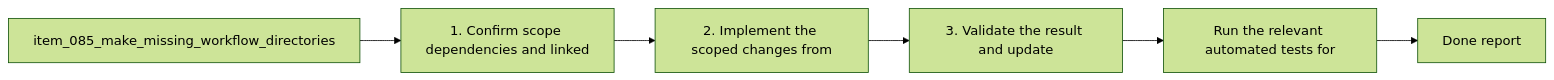
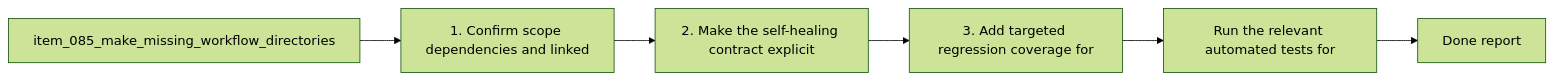
The diagram in logics/tasks/task_079_make_missing_workflow_directories_an_explicit_self_healing_logics_contract.md (AlexAgo83/logics-manager), drawn with Mermaid (forest theme) before and after one commit. The commit also changed other lines of this file and 481 other files, not shown here.

````diff
--- a/logics/tasks/task_079_make_missing_workflow_directories_an_explicit_self_healing_logics_contract.md
+++ b/logics/tasks/task_079_make_missing_workflow_directories_an_explicit_self_healing_logics_contract.md
@@ -20,10 +21,10 @@
 ```mermaid
 %% logics-kind: task
 %% logics-signature: task|make-missing-workflow-directories-an-exp|item-085-make-missing-workflow-directori|1-confirm-scope-dependencies-and-linked|run-the-relevant-automated-tests-for
 flowchart LR
     Backlog[item_085_make_missing_workflow_directories] --> Step1[1. Confirm scope dependencies and linked]
-    Step1 --> Step2[2. Implement the scoped changes from]
-    Step2 --> Step3[3. Validate the result and update]
+    Step1 --> Step2[2. Make the self-healing contract explicit]
+    Step2 --> Step3[3. Add targeted regression coverage for]
     Step3 --> Validation[Run the relevant automated tests for]
     Validation --> Report[Done report]
 ```
````
